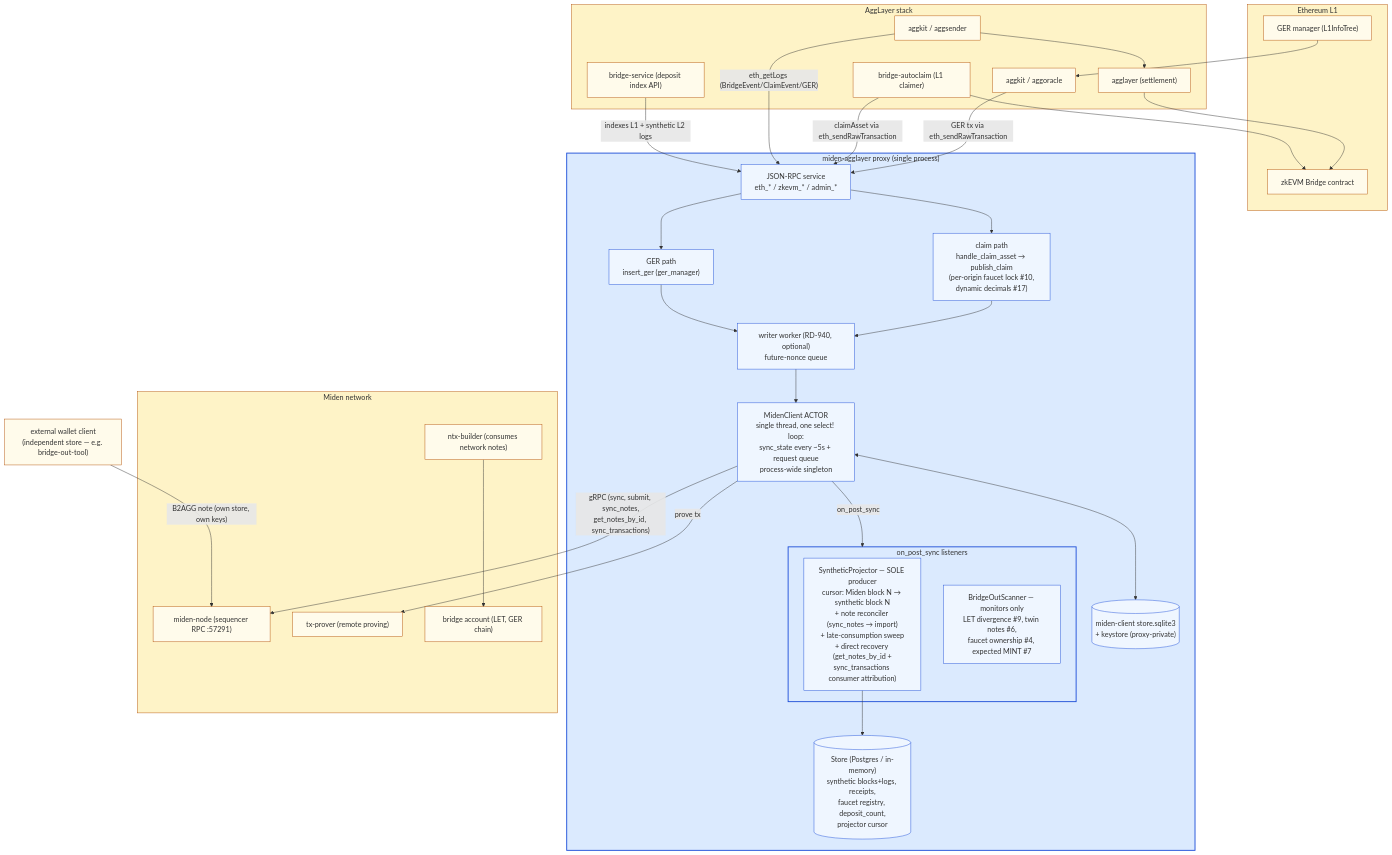
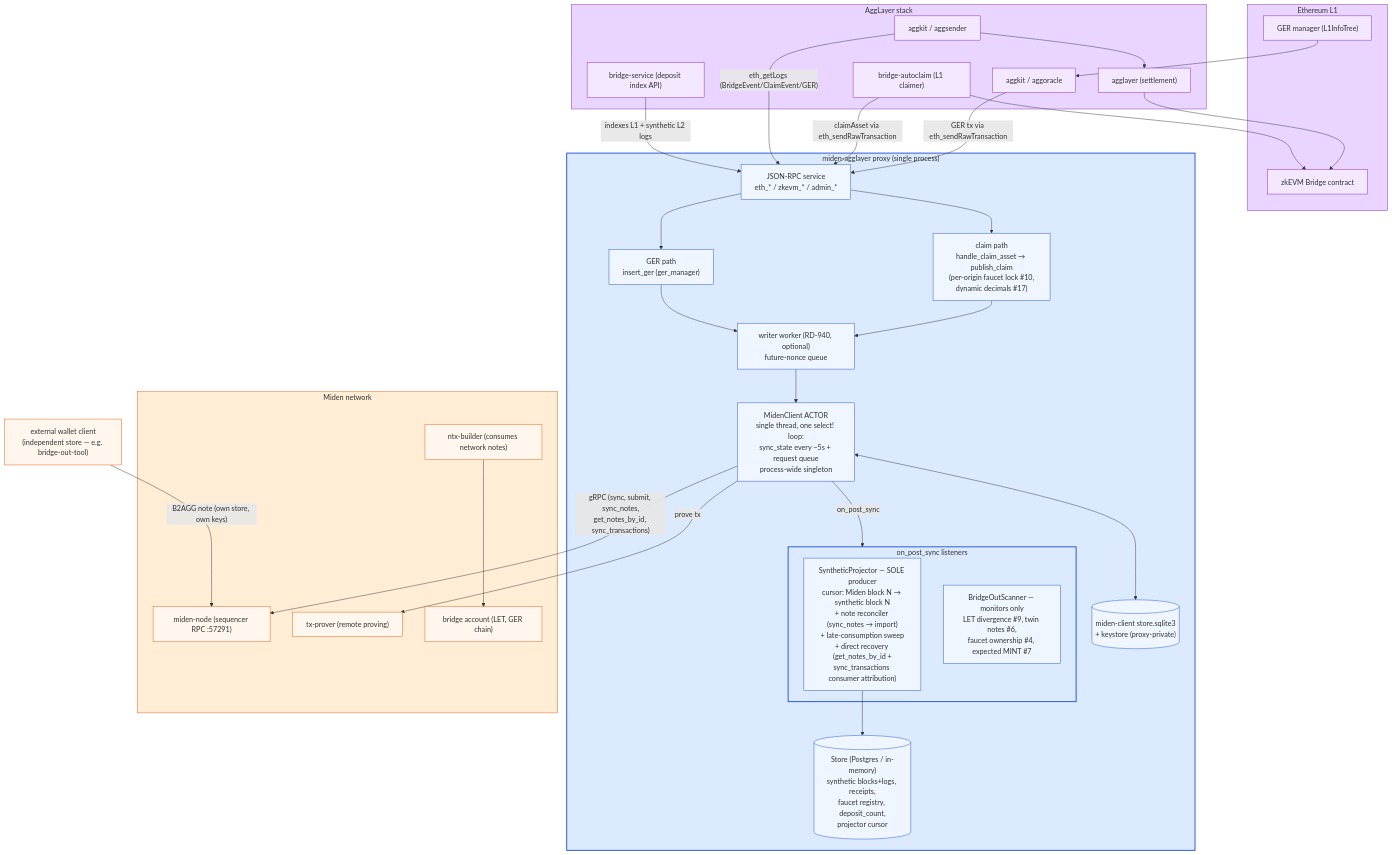
One commit to gateway-fm/miden-agglayer changed the first of 7 diagrams in docs/ARCHITECTURE.md. Above: the diagram before and after it, drawn with Mermaid. The commit also changed other lines of this file, not shown here.

Commit message:
docs: three-way color scheme — proxy blue, Miden orange, AggLayer purple

````diff
--- a/docs/ARCHITECTURE.md
+++ b/docs/ARCHITECTURE.md
@@ -9,64 +9,68 @@
 ```mermaid
 flowchart TD
     subgraph L1["Ethereum L1"]
         BRIDGE_L1["zkEVM Bridge contract"]
         GERM_L1["GER manager (L1InfoTree)"]
     end
 
     subgraph AGG["AggLayer stack"]
         AGGORACLE["aggkit / aggoracle"]
         AGGSENDER["aggkit / aggsender"]
         AGL["agglayer (settlement)"]
         BSVC["bridge-service (deposit index API)"]
         AUTOCLAIM["bridge-autoclaim (L1 claimer)"]
     end
 
     subgraph PROXY["miden-agglayer proxy (single process)"]
         RPC["JSON-RPC service<br/>eth_* / zkevm_* / admin_*"]
         CLAIM["claim path<br/>handle_claim_asset → publish_claim<br/>(per-origin faucet lock #10,<br/>dynamic decimals #17)"]
         GER["GER path<br/>insert_ger (ger_manager)"]
         WW["writer worker (RD-940, optional)<br/>future-nonce queue"]
         MC["MidenClient ACTOR<br/>single thread, one select! loop:<br/>sync_state every ~5s + request queue<br/>process-wide singleton"]
         subgraph LISTENERS["on_post_sync listeners"]
             SP["SyntheticProjector — SOLE producer<br/>cursor: Miden block N → synthetic block N<br/>+ note reconciler (sync_notes → import)<br/>+ late-consumption sweep<br/>+ direct recovery (get_notes_by_id +<br/>sync_transactions consumer attribution)"]
             BOS["BridgeOutScanner — monitors only<br/>LET divergence #9, twin notes #6,<br/>faucet ownership #4, expected MINT #7"]
         end
         STORE[("Store (Postgres / in-memory)<br/>synthetic blocks+logs, receipts,<br/>faucet registry, deposit_count,<br/>projector cursor")]
         SQLITE[("miden-client store.sqlite3<br/>+ keystore (proxy-private)")]
     end
 
     subgraph MIDEN["Miden network"]
         NODE["miden-node (sequencer RPC :57291)"]
         NTX["ntx-builder (consumes network notes)"]
         PROVER["tx-prover (remote proving)"]
         BACC["bridge account (LET, GER chain)"]
     end
 
     EXTW["external wallet client<br/>(independent store — e.g. bridge-out-tool)"]
 
     AGGORACLE -- "GER tx via eth_sendRawTransaction" --> RPC
     AUTOCLAIM -- "claimAsset via eth_sendRawTransaction" --> RPC
     AGGSENDER -- "eth_getLogs (BridgeEvent/ClaimEvent/GER)" --> RPC
     BSVC -- "indexes L1 + synthetic L2 logs" --> RPC
     RPC --> CLAIM & GER
     CLAIM & GER --> WW --> MC
     MC <--> SQLITE
     MC -- "gRPC (sync, submit, sync_notes,<br/>get_notes_by_id, sync_transactions)" --> NODE
     MC -- "prove tx" --> PROVER
     MC -- "on_post_sync" --> LISTENERS
     SP --> STORE
     NTX --> BACC
     EXTW -- "B2AGG note (own store, own keys)" --> NODE
     AGGSENDER --> AGL --> BRIDGE_L1
     AUTOCLAIM --> BRIDGE_L1
     GERM_L1 --> AGGORACLE
 
     classDef proxyBox fill:#dbeafe,stroke:#1d4ed8,stroke-width:2px
     classDef proxyNode fill:#eff6ff,stroke:#1d4ed8
-    classDef externalBox fill:#fef3c7,stroke:#b45309
-    classDef externalNode fill:#fffbeb,stroke:#b45309
+    classDef aggBox fill:#e9d5ff,stroke:#7e22ce
+    classDef aggNode fill:#f3e8ff,stroke:#7e22ce
+    classDef midenBox fill:#ffedd5,stroke:#ea580c
+    classDef midenNode fill:#fff7ed,stroke:#ea580c
     class PROXY,LISTENERS proxyBox
     class RPC,CLAIM,GER,WW,MC,SP,BOS,STORE,SQLITE proxyNode
-    class L1,AGG,MIDEN externalBox
-    class BRIDGE_L1,GERM_L1,AGGORACLE,AGGSENDER,AGL,BSVC,AUTOCLAIM,NODE,NTX,PROVER,BACC,EXTW externalNode
+    class L1,AGG aggBox
+    class BRIDGE_L1,GERM_L1,AGGORACLE,AGGSENDER,AGL,BSVC,AUTOCLAIM aggNode
+    class MIDEN midenBox
+    class NODE,NTX,PROVER,BACC,EXTW midenNode
 ```
````
